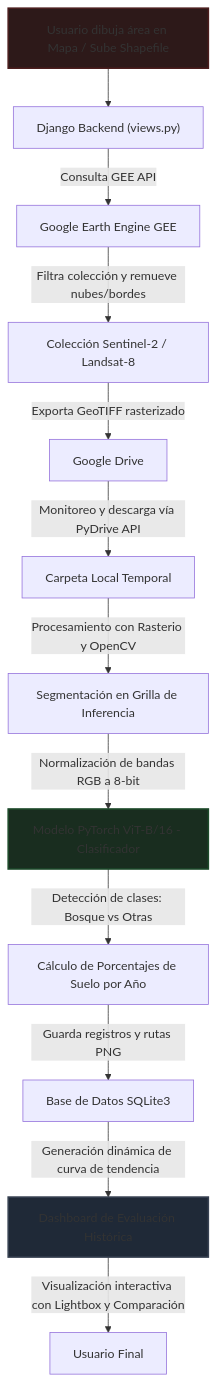
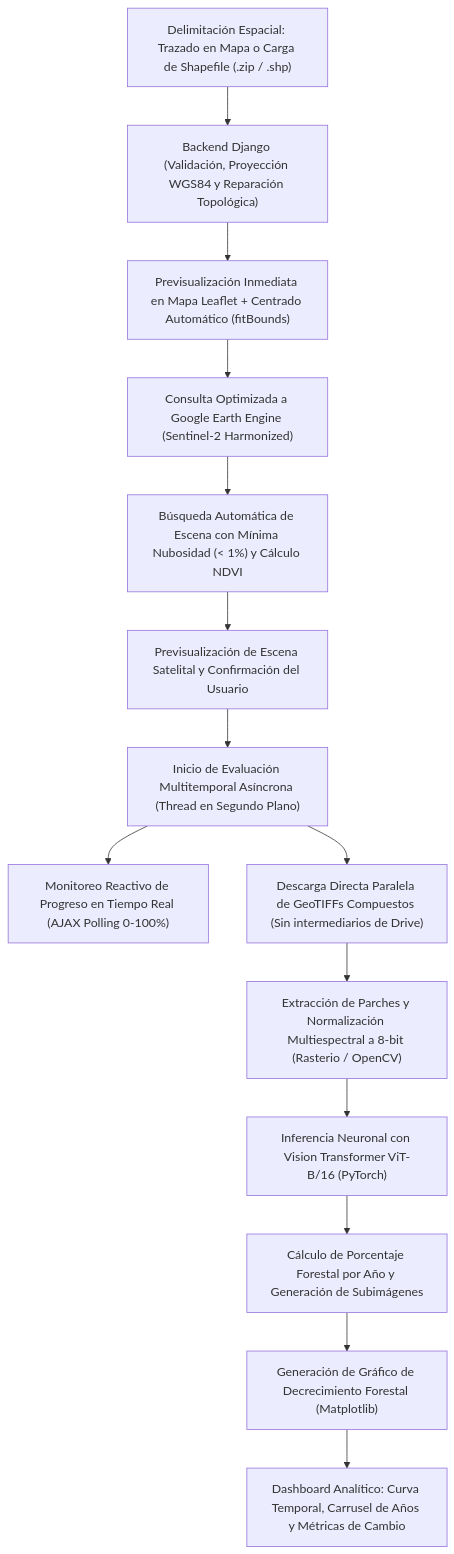
The diagram in README.md (CarlosGaubert/EcoScan-ViT), drawn with Mermaid before and after one commit. The commit also changed other lines of this file and 6 other files, not shown here.

````diff
--- a/README.md
+++ b/README.md
@@ -16,17 +17,16 @@
 ```mermaid
-graph TD
-    A["Usuario dibuja área en Mapa / Sube Shapefile"] --> B["Django Backend (views.py)"]
-    B -->|"Consulta GEE API"| C["Google Earth Engine GEE"]
-    C -->|"Filtra colección y remueve nubes/bordes"| D["Colección Sentinel-2 / Landsat-8"]
-    D -->|"Exporta GeoTIFF rasterizado"| E["Google Drive"]
-    E -->|"Monitoreo y descarga vía PyDrive API"| F["Carpeta Local Temporal"]
-    F -->|"Procesamiento con Rasterio y OpenCV"| G["Segmentación en Grilla de Inferencia"]
-    G -->|"Normalización de bandas RGB a 8-bit"| H["Modelo PyTorch ViT-B/16 - Clasificador"]
-    H -->|"Detección de clases: Bosque vs Otras"| I["Cálculo de Porcentajes de Suelo por Año"]
-    I -->|"Guarda registros y rutas PNG"| J["Base de Datos SQLite3"]
-    J -->|"Generación dinámica de curva de tendencia"| K["Dashboard de Evaluación Histórica"]
-    K -->|"Visualización interactiva con Lightbox y Comparación"| L["Usuario Final"]
-    style A fill:#2d1919,stroke:#4a1d1d,stroke-width:2px;
-    style H fill:#192d1f,stroke:#1d4a2a,stroke-width:2px;
-    style K fill:#1f2937,stroke:#374151,stroke-width:2px;
+flowchart TD
+    A["Delimitación Espacial: Trazado en Mapa o Carga de Shapefile (.zip / .shp)"] --> B["Backend Django (Validación, Proyección WGS84 y Reparación Topológica)"]
+    B --> C["Previsualización Inmediata en Mapa Leaflet + Centrado Automático (fitBounds)"]
+    C --> D["Consulta Optimizada a Google Earth Engine (Sentinel-2 Harmonized)"]
+    D --> E["Búsqueda Automática de Escena con Mínima Nubosidad (< 1%) y Cálculo NDVI"]
+    E --> F["Previsualización de Escena Satelital y Confirmación del Usuario"]
+    F --> G["Inicio de Evaluación Multitemporal Asíncrona (Thread en Segundo Plano)"]
+    G --> H["Monitoreo Reactivo de Progreso en Tiempo Real (AJAX Polling 0-100%)"]
+    G --> I["Descarga Directa Paralela de GeoTIFFs Compuestos (Sin intermediarios de Drive)"]
+    I --> J["Extracción de Parches y Normalización Multiespectral a 8-bit (Rasterio / OpenCV)"]
+    J --> K["Inferencia Neuronal con Vision Transformer ViT-B/16 (PyTorch)"]
+    K --> L["Cálculo de Porcentaje Forestal por Año y Generación de Subimágenes"]
+    L --> M["Generación de Gráfico de Decrecimiento Forestal (Matplotlib)"]
+    M --> N["Dashboard Analítico: Curva Temporal, Carrusel de Años y Métricas de Cambio"]
 ```
````
